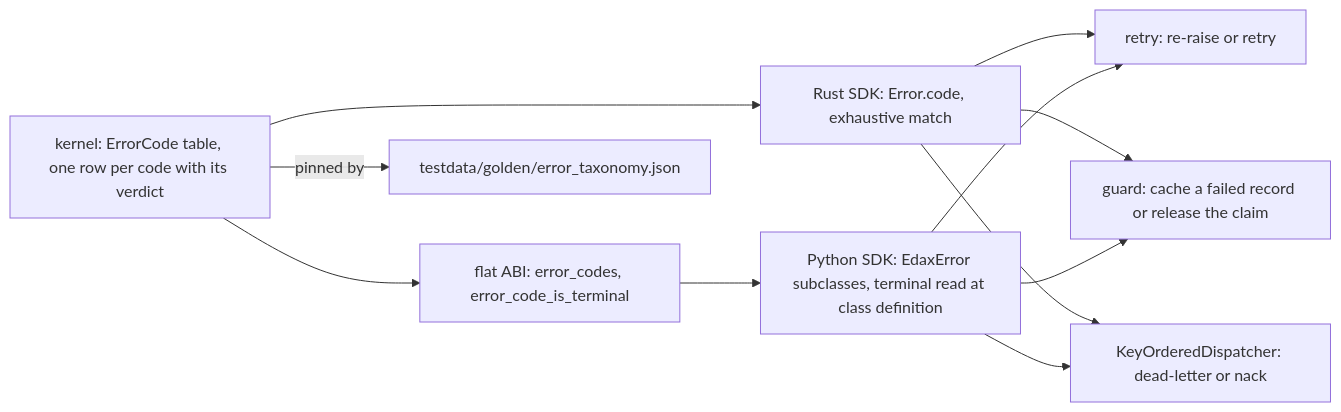
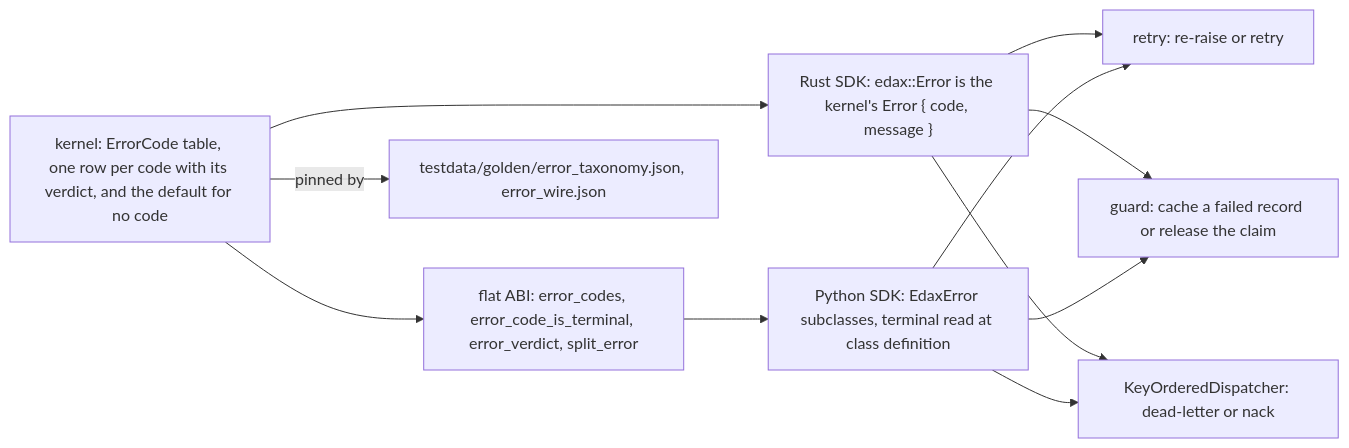
The first of 2 diagrams in docs/sdk/errors.md (haskian/edax), drawn with Mermaid before and after one commit. The commit also changed other lines of this file and 234 other files, not shown here.

````diff
--- a/docs/sdk/errors.md
+++ b/docs/sdk/errors.md
@@ -12,14 +12,14 @@
 ```mermaid
 flowchart LR
-    Table["kernel: ErrorCode table, one row per code with its verdict"]
-    Table --> Rust["Rust SDK: Error.code, exhaustive match"]
-    Table --> Abi["flat ABI: error_codes, error_code_is_terminal"]
+    Table["kernel: ErrorCode table, one row per code with its verdict, and the default for no code"]
+    Table --> Rust["Rust SDK: edax::Error is the kernel's Error { code, message }"]
+    Table --> Abi["flat ABI: error_codes, error_code_is_terminal, error_verdict, split_error"]
     Abi --> Py["Python SDK: EdaxError subclasses, terminal read at class definition"]
     Rust --> Retry["retry: re-raise or retry"]
     Rust --> Guard["guard: cache a failed record or release the claim"]
     Rust --> Disp["KeyOrderedDispatcher: dead-letter or nack"]
     Py --> Retry
     Py --> Guard
     Py --> Disp
-    Table -- "pinned by" --> Golden["testdata/golden/error_taxonomy.json"]
+    Table -- "pinned by" --> Golden["testdata/golden/error_taxonomy.json, error_wire.json"]
 ```
````
